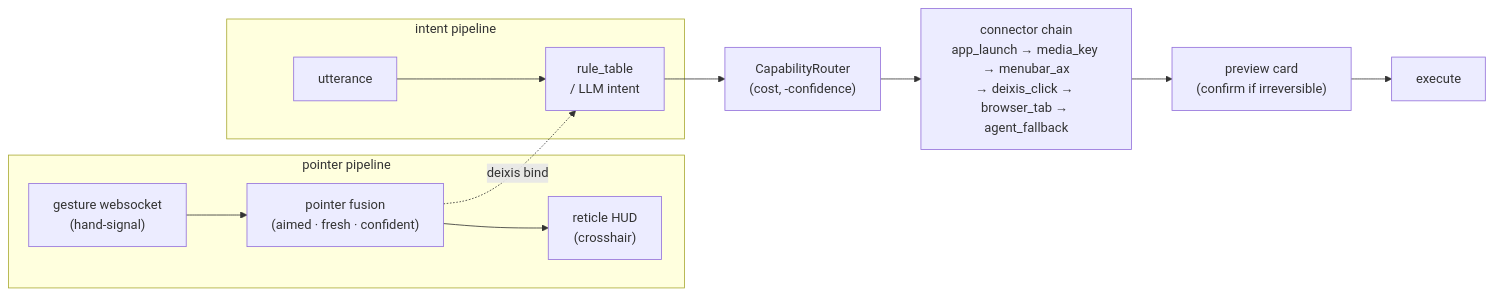
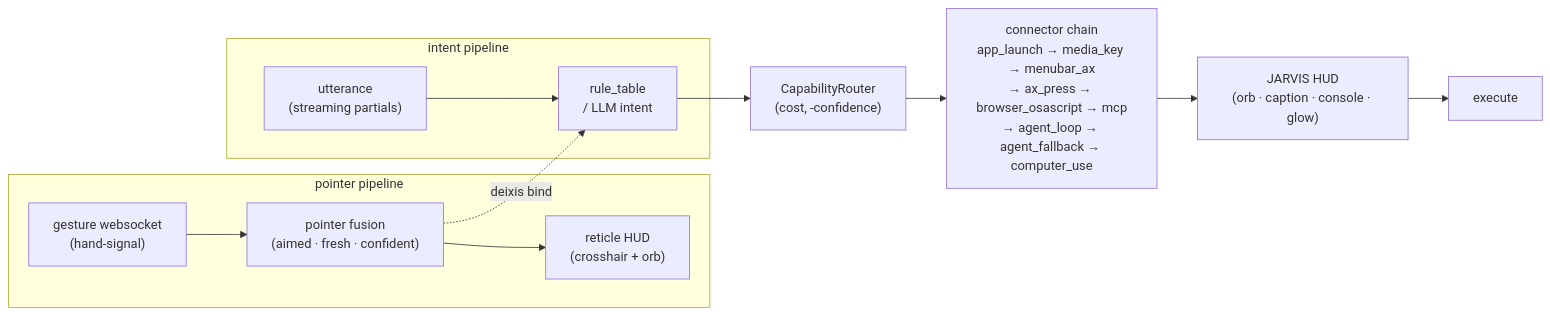
The diagram in README.md (CasterlyGit/curby-jarvis), drawn with Mermaid before and after one commit. The commit also changed other lines of this file and 5 other files, not shown here.

````diff
--- a/README.md
+++ b/README.md
@@ -54,18 +57,18 @@
 ```mermaid
 flowchart LR
     subgraph Pointer["pointer pipeline"]
         WS["gesture websocket\n(hand-signal)"] --> FUSE["pointer fusion\n(aimed · fresh · confident)"]
-        FUSE --> RET["reticle HUD\n(crosshair)"]
+        FUSE --> RET["reticle HUD\n(crosshair + orb)"]
     end
 
     subgraph Intent["intent pipeline"]
-        UTT["utterance"] --> RULE["rule_table\n/ LLM intent"]
+        UTT["utterance\n(streaming partials)"] --> RULE["rule_table\n/ LLM intent"]
     end
 
     FUSE -.deixis bind.-> RULE
     RULE --> ROUTER["CapabilityRouter\n(cost, -confidence)"]
 
-    ROUTER --> CHAIN["connector chain\napp_launch → media_key → menubar_ax\n→ deixis_click → browser_tab → agent_fallback"]
-    CHAIN --> CARD["preview card\n(confirm if irreversible)"]
+    ROUTER --> CHAIN["connector chain\napp_launch → media_key → menubar_ax\n→ ax_press → browser_osascript → mcp\n→ agent_loop → agent_fallback → computer_use"]
+    CHAIN --> CARD["JARVIS HUD\n(orb · caption · console · glow)"]
     CARD --> EXEC["execute"]
 ```
````
